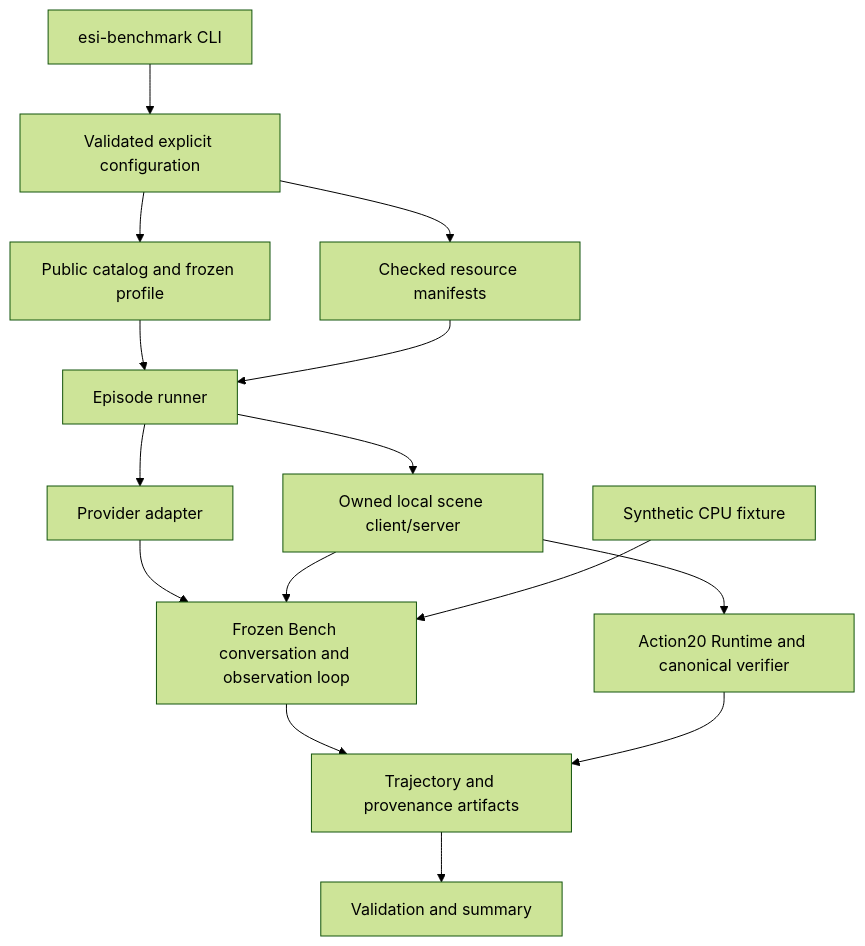
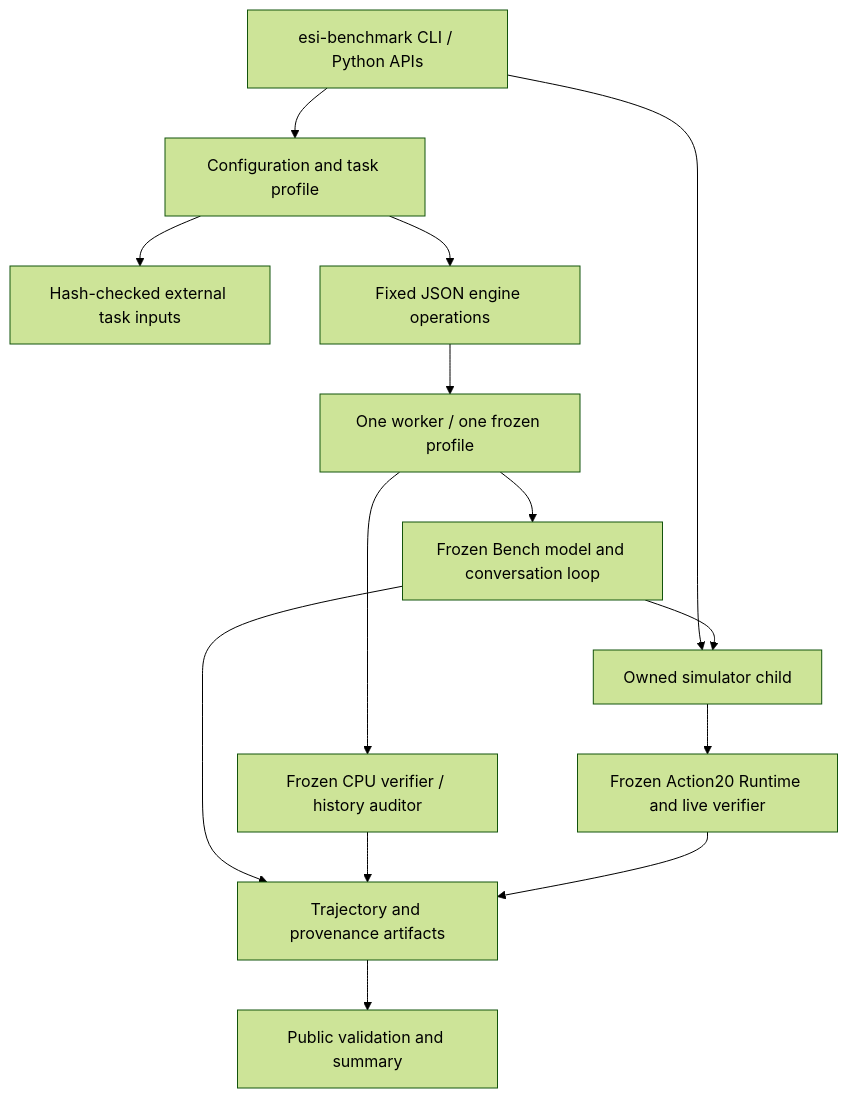
Before and after one commit to ShawnLee0910/roboweave: the diagram in docs/ARCHITECTURE.md, drawn with Mermaid (forest theme). The commit also changed other lines of this file and 2251 other files, not shown here.

````diff
--- a/docs/ARCHITECTURE.md
+++ b/docs/ARCHITECTURE.md
@@ -7,17 +9,16 @@
 ```mermaid
 flowchart TD
-    CLI[esi-benchmark CLI] --> CFG[Validated explicit configuration]
-    CFG --> TASK[Public catalog and frozen profile]
-    CFG --> ASSET[Checked resource manifests]
-    TASK --> RUN[Episode runner]
-    ASSET --> RUN
-    RUN --> MODEL[Provider adapter]
-    RUN --> SCENE[Owned local scene client/server]
-    SCENE --> EXEC[Action20 Runtime and canonical verifier]
-    MODEL --> LOOP[Frozen Bench conversation and observation loop]
-    SCENE --> LOOP
-    LOOP --> ART[Trajectory and provenance artifacts]
-    EXEC --> ART
-    ART --> RESULTS[Validation and summary]
-    FIX[Synthetic CPU fixture] --> LOOP
+    CLI[esi-benchmark CLI / Python APIs] --> CFG[Configuration and task profile]
+    CFG --> ASSET[Hash-checked external task inputs]
+    CFG --> ENGINE[Fixed JSON engine operations]
+    ENGINE --> WORKER[One worker / one frozen profile]
+    WORKER --> BENCH[Frozen Bench model and conversation loop]
+    WORKER --> SCORE[Frozen CPU verifier / history auditor]
+    CLI --> OWNED[Owned simulator child]
+    OWNED --> RUNTIME[Frozen Action20 Runtime and live verifier]
+    BENCH --> OWNED
+    BENCH --> ART[Trajectory and provenance artifacts]
+    SCORE --> ART
+    RUNTIME --> ART
+    ART --> RESULTS[Public validation and summary]
 ```
````
